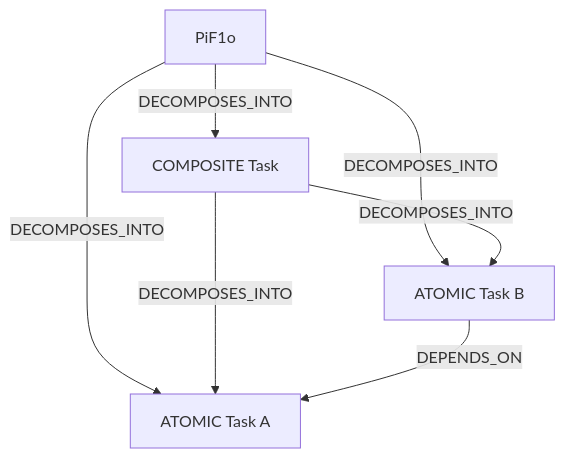
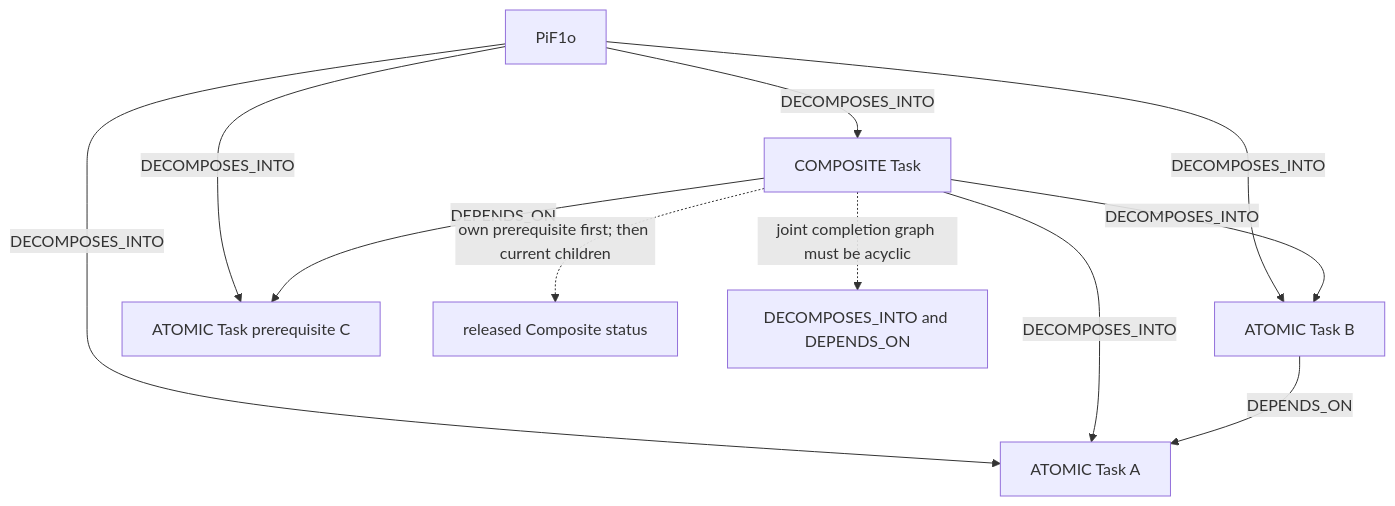
Before and after one commit to eeimicke/junaco-jci-loop: the diagram in docs/diagrams/sources/example-task-execution.mmd, drawn with Mermaid. The commit also changed 42 other files, not shown here.

```diff
--- a/docs/diagrams/sources/example-task-execution.mmd
+++ b/docs/diagrams/sources/example-task-execution.mmd
@@ -1,7 +1,11 @@
 flowchart TD
     Goal[PiF1o] -->|DECOMPOSES_INTO| Parent[COMPOSITE Task]
     Goal -->|DECOMPOSES_INTO| First[ATOMIC Task A]
     Goal -->|DECOMPOSES_INTO| Second[ATOMIC Task B]
     Parent -->|DECOMPOSES_INTO| First
     Parent -->|DECOMPOSES_INTO| Second
     Second -->|DEPENDS_ON| First
+    Goal -->|DECOMPOSES_INTO| Prerequisite[ATOMIC Task prerequisite C]
+    Parent -->|DEPENDS_ON| Prerequisite
+    Parent -. "own prerequisite first; then current children" .-> Status[released Composite status]
+    Parent -. joint completion graph must be acyclic .-> CycleCheck[DECOMPOSES_INTO and DEPENDS_ON]
```
